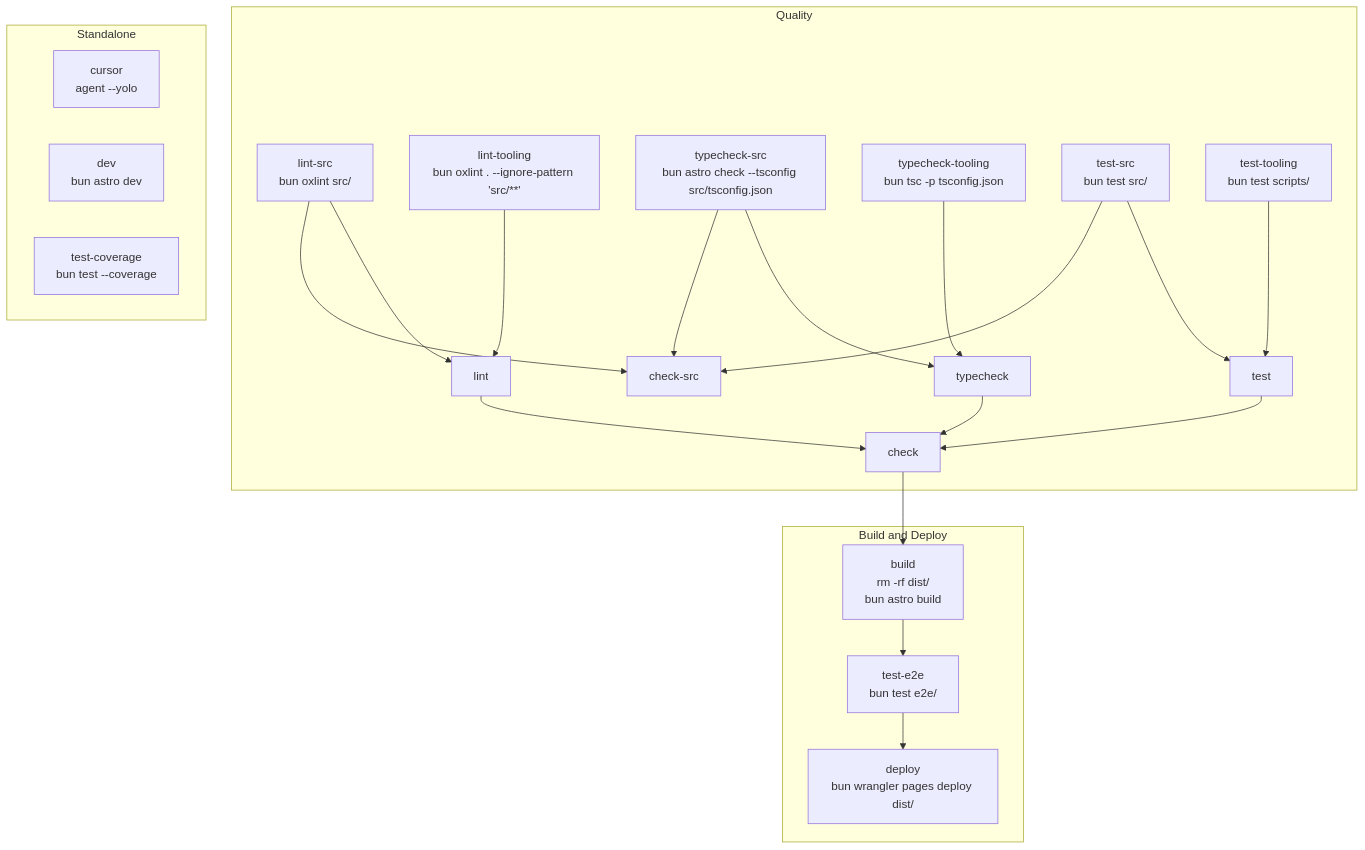
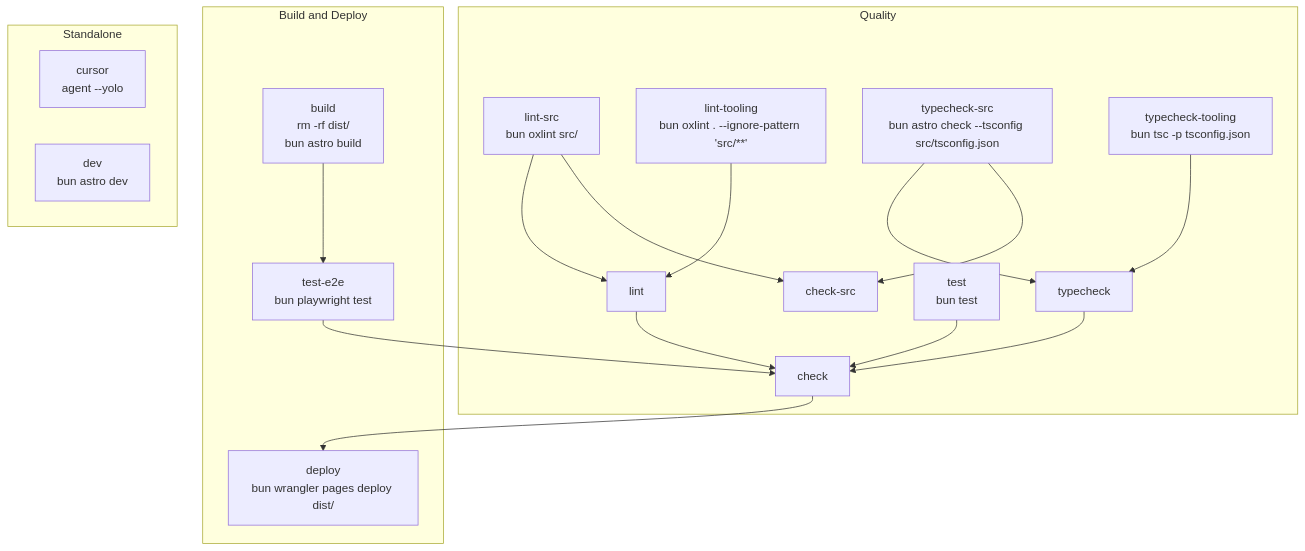
One commit to meoyawn/astrosite changed the diagram in docs/taskfile.md. Above: the diagram before and after it, drawn with Mermaid. The commit also changed other lines of this file and 8 other files, not shown here.

````diff
--- a/docs/taskfile.md
+++ b/docs/taskfile.md
@@ -7,52 +7,45 @@
 ```mermaid
 flowchart TD
   subgraph Quality
     lint_src["lint-src<br/>bun oxlint src/"]
     lint_tooling["lint-tooling<br/>bun oxlint . --ignore-pattern 'src/**'"]
     lint["lint"]
 
     typecheck_src["typecheck-src<br/>bun astro check --tsconfig src/tsconfig.json"]
     typecheck_tooling["typecheck-tooling<br/>bun tsc -p tsconfig.json"]
     typecheck["typecheck"]
 
-    test_src["test-src<br/>bun test src/"]
-    test_tooling["test-tooling<br/>bun test scripts/"]
-    test["test"]
+    test["test<br/>bun test"]
 
     check_src["check-src"]
     check["check"]
   end
 
   subgraph BuildAndDeploy["Build and Deploy"]
     build["build<br/>rm -rf dist/<br/>bun astro build"]
-    test_e2e["test-e2e<br/>bun test e2e/"]
+    test_e2e["test-e2e<br/>bun playwright test"]
     deploy["deploy<br/>bun wrangler pages deploy dist/"]
   end
 
   subgraph Standalone
     cursor["cursor<br/>agent --yolo"]
     dev["dev<br/>bun astro dev"]
-    test_coverage["test-coverage<br/>bun test --coverage"]
   end
 
   lint_src --> lint
   lint_tooling --> lint
 
   typecheck_src --> typecheck
   typecheck_tooling --> typecheck
 
-  test_src --> test
-  test_tooling --> test
-
   lint_src --> check_src
   typecheck_src --> check_src
-  test_src --> check_src
 
   lint --> check
   typecheck --> check
   test --> check
+  test_e2e --> check
 
-  check --> build
   build --> test_e2e
-  test_e2e --> deploy
+  check --> deploy
 ```
````
